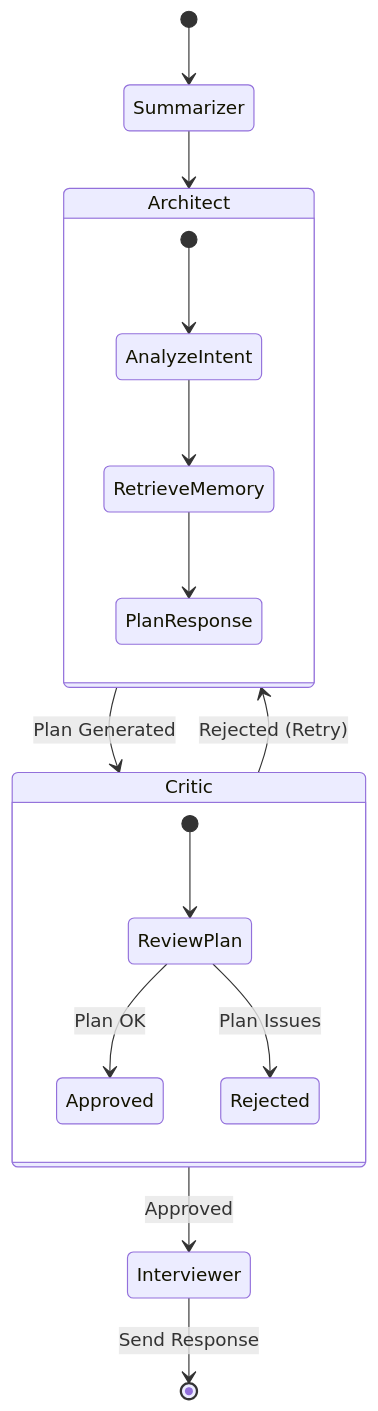
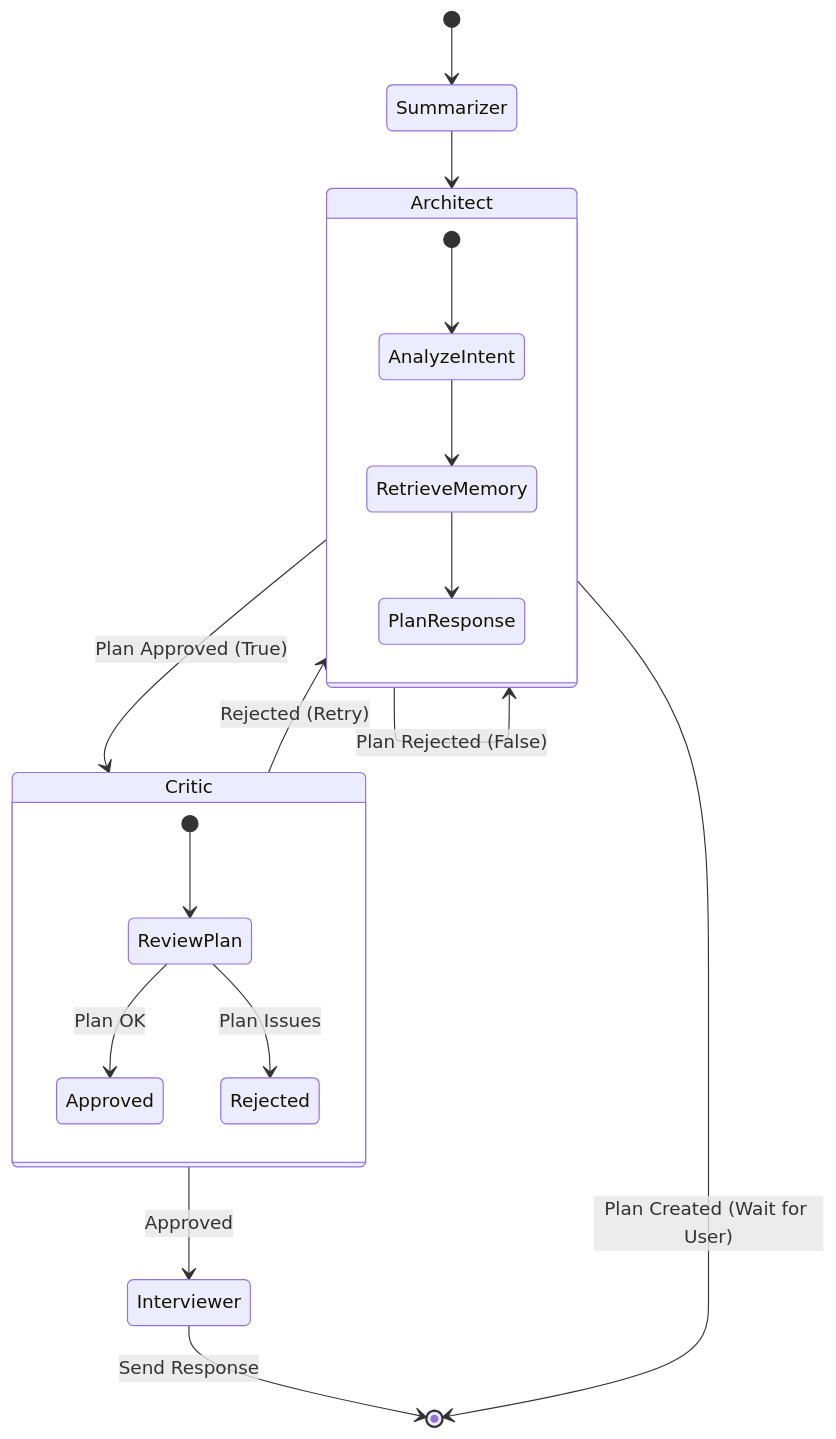
Before and after one commit to ku113p/agent-interview: the second of 2 diagrams in docs/ARCHITECTURE.md, drawn with Mermaid. The commit also changed other lines of this file and 13 other files, not shown here.

````diff
--- a/docs/ARCHITECTURE.md
+++ b/docs/ARCHITECTURE.md
@@ -45,24 +54,26 @@
 ```mermaid
 stateDiagram-v2
     [*] --> Summarizer
     Summarizer --> Architect
 
     state Architect {
         [*] --> AnalyzeIntent
         AnalyzeIntent --> RetrieveMemory
         RetrieveMemory --> PlanResponse
     }
     
-    Architect --> Critic: Plan Generated
+    Architect --> Critic: Plan Approved (True)
+    Architect --> Architect: Plan Rejected (False)
+    Architect --> [*]: Plan Created (Wait for User)
     
     state Critic {
         [*] --> ReviewPlan
         ReviewPlan --> Approved: Plan OK
         ReviewPlan --> Rejected: Plan Issues
     }
     
     Critic --> Interviewer: Approved
     Critic --> Architect: Rejected (Retry)
     
     Interviewer --> [*]: Send Response
 ```
````
